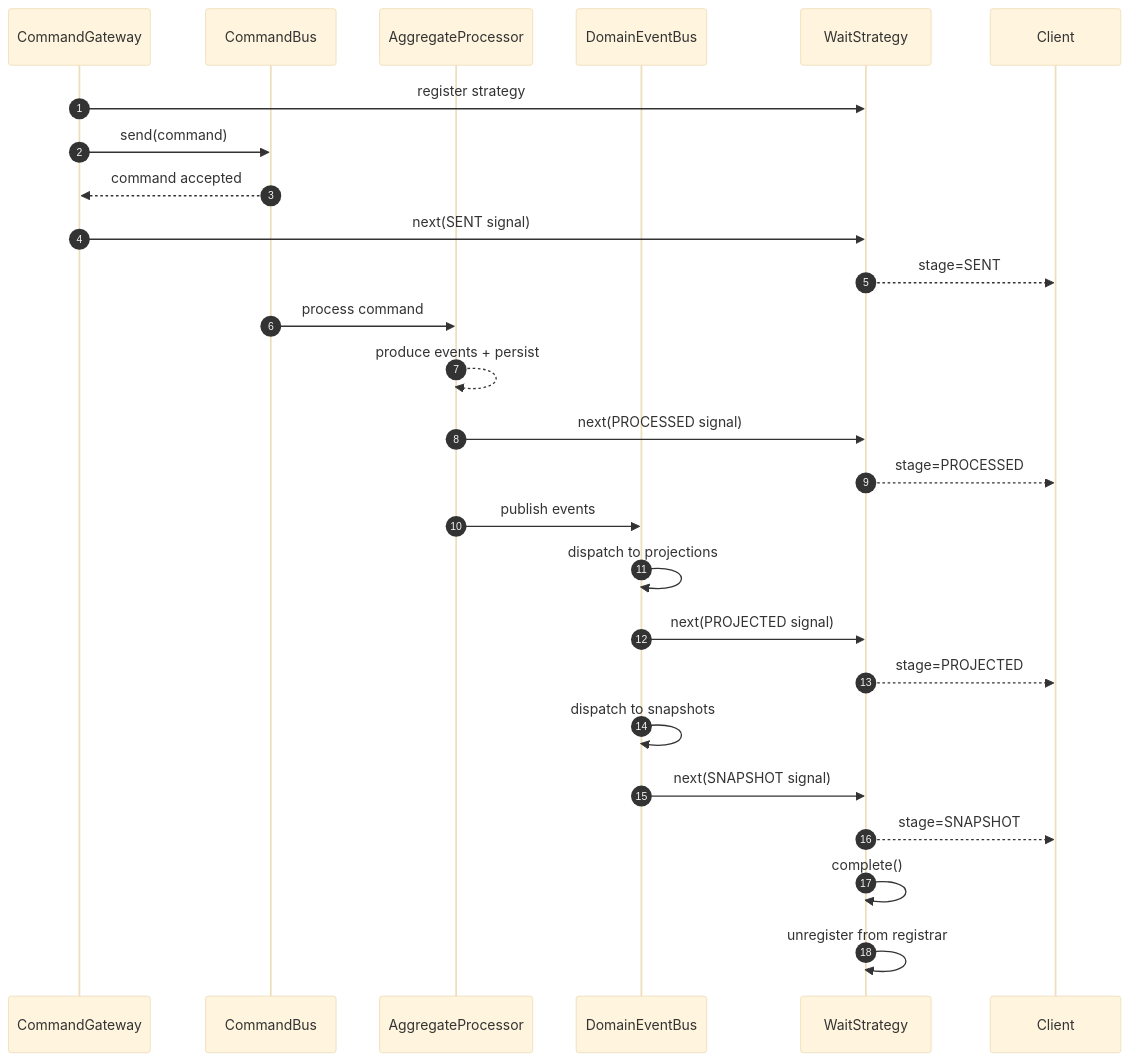
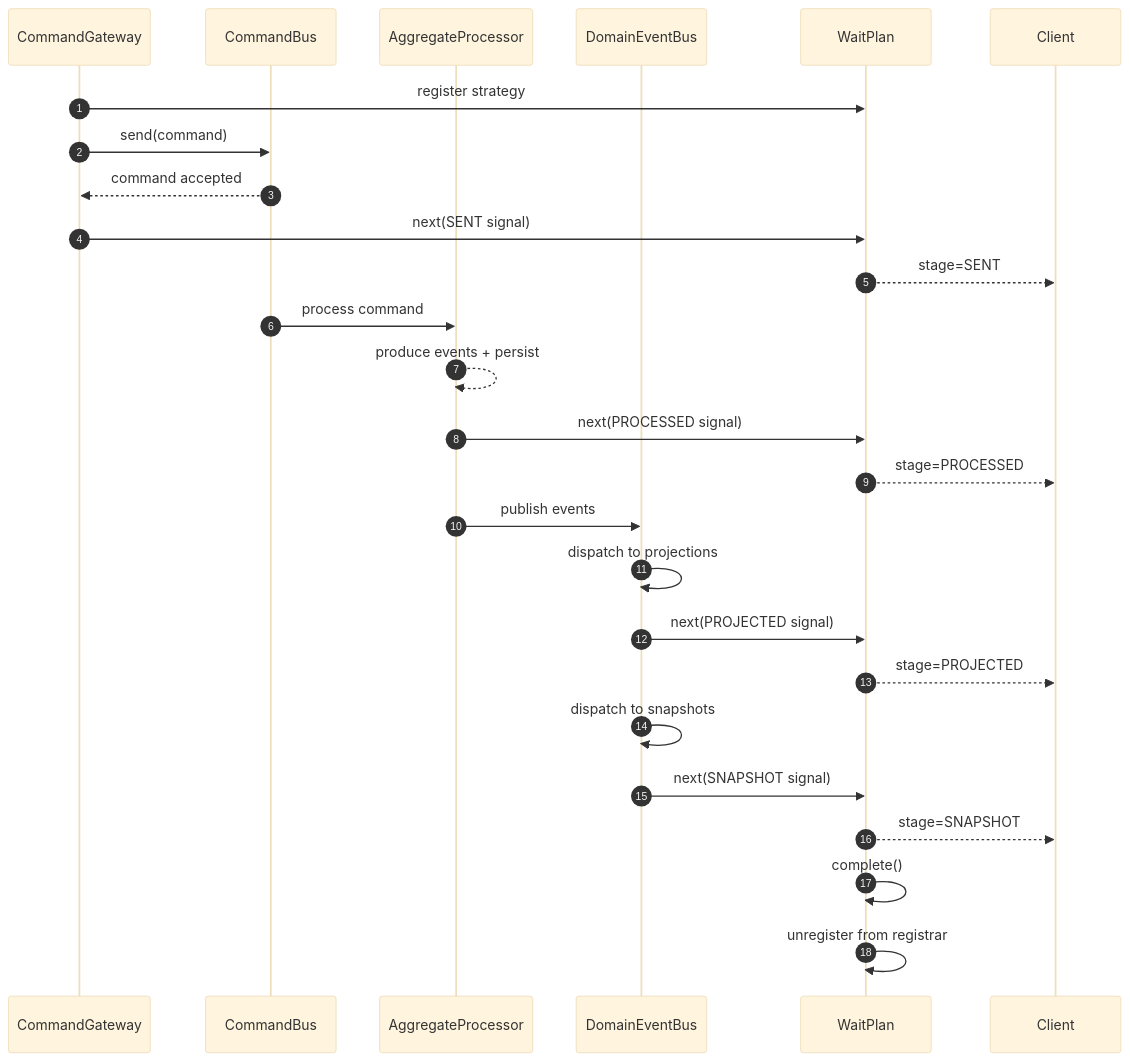
The eighth of 10 diagrams in documentation/docs/en/guide/advanced/data-flow.md (Ahoo-Wang/Wow), drawn with Mermaid (base theme) before and after one commit. The commit also changed other lines of this file and 128 other files, not shown here.

Commit message:
feat(core): remove wait strategy runtime

````diff
--- a/documentation/docs/en/guide/advanced/data-flow.md
+++ b/documentation/docs/en/guide/advanced/data-flow.md
@@ -339,35 +339,35 @@
 ```mermaid
 sequenceDiagram
     autonumber
     participant CG as CommandGateway
     participant CB as CommandBus
     participant AP as AggregateProcessor
     participant DEB as DomainEventBus
-    participant WS as WaitStrategy
+    participant WS as WaitPlan
     participant Client
 
     CG->>WS: register strategy
     CG->>CB: send(command)
     CB-->>CG: command accepted
     CG->>WS: next(SENT signal)
     WS-->>Client: stage=SENT
 
     CB->>AP: process command
     AP-->>AP: produce events + persist
     AP->>WS: next(PROCESSED signal)
     WS-->>Client: stage=PROCESSED
 
     AP->>DEB: publish events
     DEB->>DEB: dispatch to projections
     DEB->>WS: next(PROJECTED signal)
     WS-->>Client: stage=PROJECTED
 
     DEB->>DEB: dispatch to snapshots
     DEB->>WS: next(SNAPSHOT signal)
     WS-->>Client: stage=SNAPSHOT
 
     WS->>WS: complete()
     WS->>WS: unregister from registrar
 
 
 ```
````
